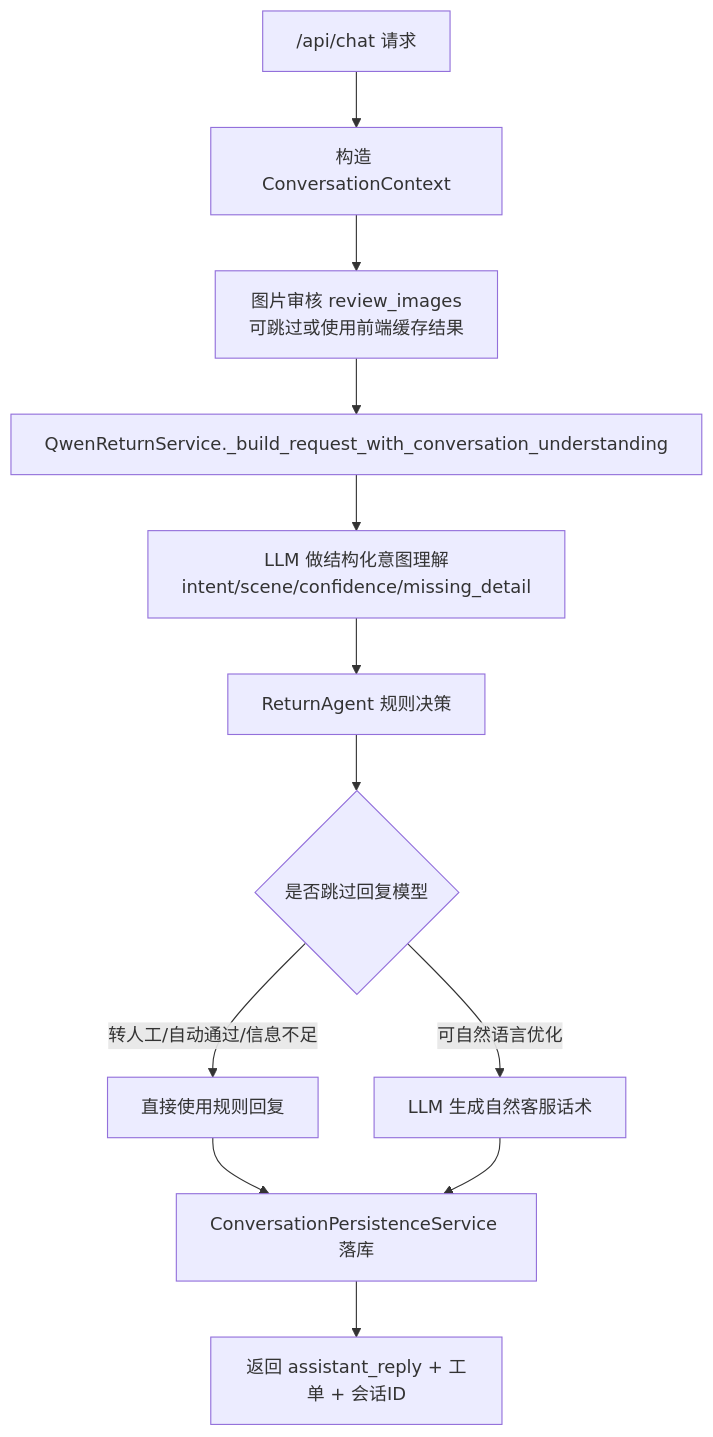
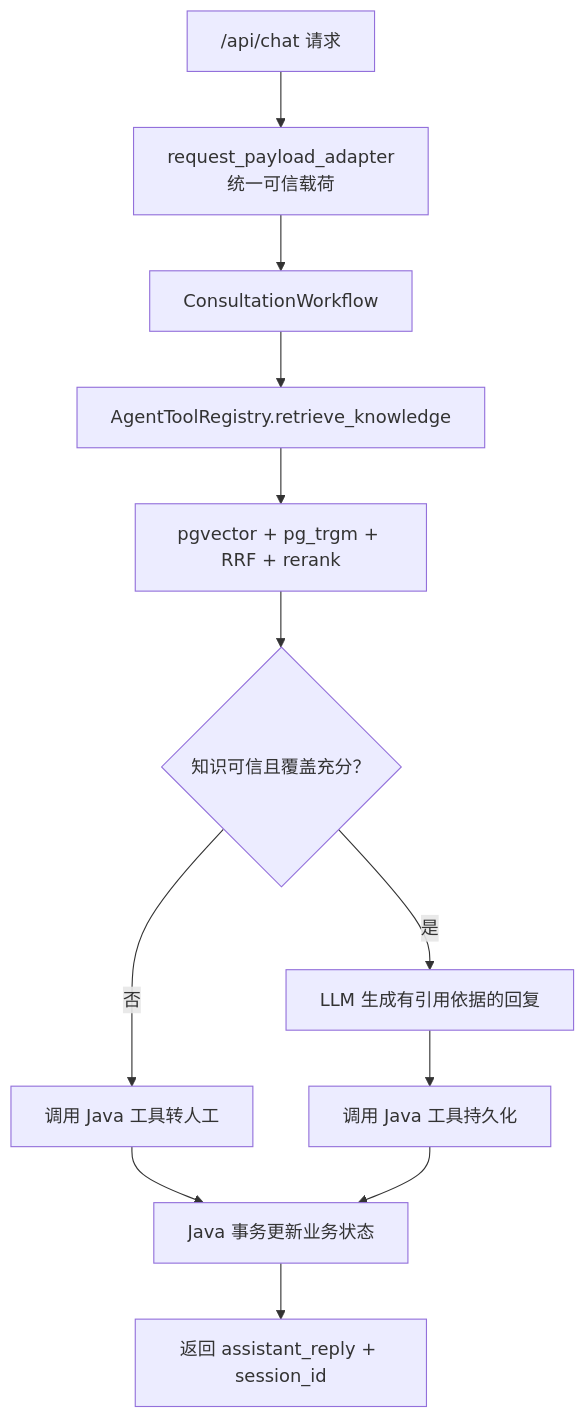
Before and after one commit to zuiaiyenai/ecommerce-after-sales-system: the fourth of 4 diagrams in docs/midterm-4-5-6-system-flow.md, drawn with Mermaid. The commit also changed other lines of this file and 426 other files, not shown here.

Commit message:
feat: integrate intelligent after-sales agent workflow

````diff
--- a/docs/midterm-4-5-6-system-flow.md
+++ b/docs/midterm-4-5-6-system-flow.md
@@ -409,14 +403,14 @@
 ```mermaid
 flowchart TD
-  A["/api/chat 请求"] --> B["构造 ConversationContext"]
-  B --> C["图片审核 review_images<br/>可跳过或使用前端缓存结果"]
-  C --> D["QwenReturnService._build_request_with_conversation_understanding"]
-  D --> E["LLM 做结构化意图理解<br/>intent/scene/confidence/missing_detail"]
-  E --> F["ReturnAgent 规则决策"]
-  F --> G{"是否跳过回复模型"}
-  G -->|"转人工/自动通过/信息不足"| H["直接使用规则回复"]
-  G -->|"可自然语言优化"| I["LLM 生成自然客服话术"]
-  H --> J["ConversationPersistenceService 落库"]
+  A["/api/chat 请求"] --> B["request_payload_adapter<br/>统一可信载荷"]
+  B --> C["ConsultationWorkflow"]
+  C --> D["AgentToolRegistry.retrieve_knowledge"]
+  D --> E["pgvector + pg_trgm + RRF + rerank"]
+  E --> F{"知识可信且覆盖充分？"}
+  F -->|否| G["调用 Java 工具转人工"]
+  F -->|是| H["LLM 生成有引用依据的回复"]
+  H --> I["调用 Java 工具持久化"]
+  G --> J["Java 事务更新业务状态"]
   I --> J
-  J --> K["返回 assistant_reply + 工单 + 会话ID"]
+  J --> K["返回 assistant_reply + session_id"]
 ```
````
